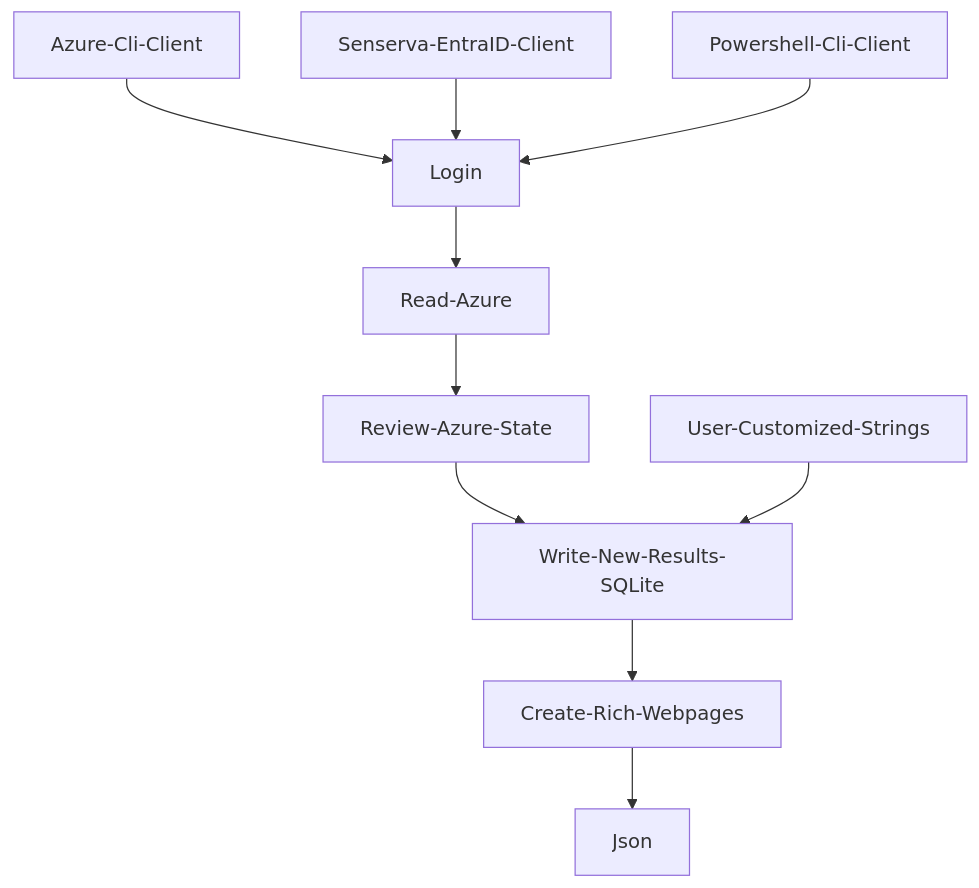
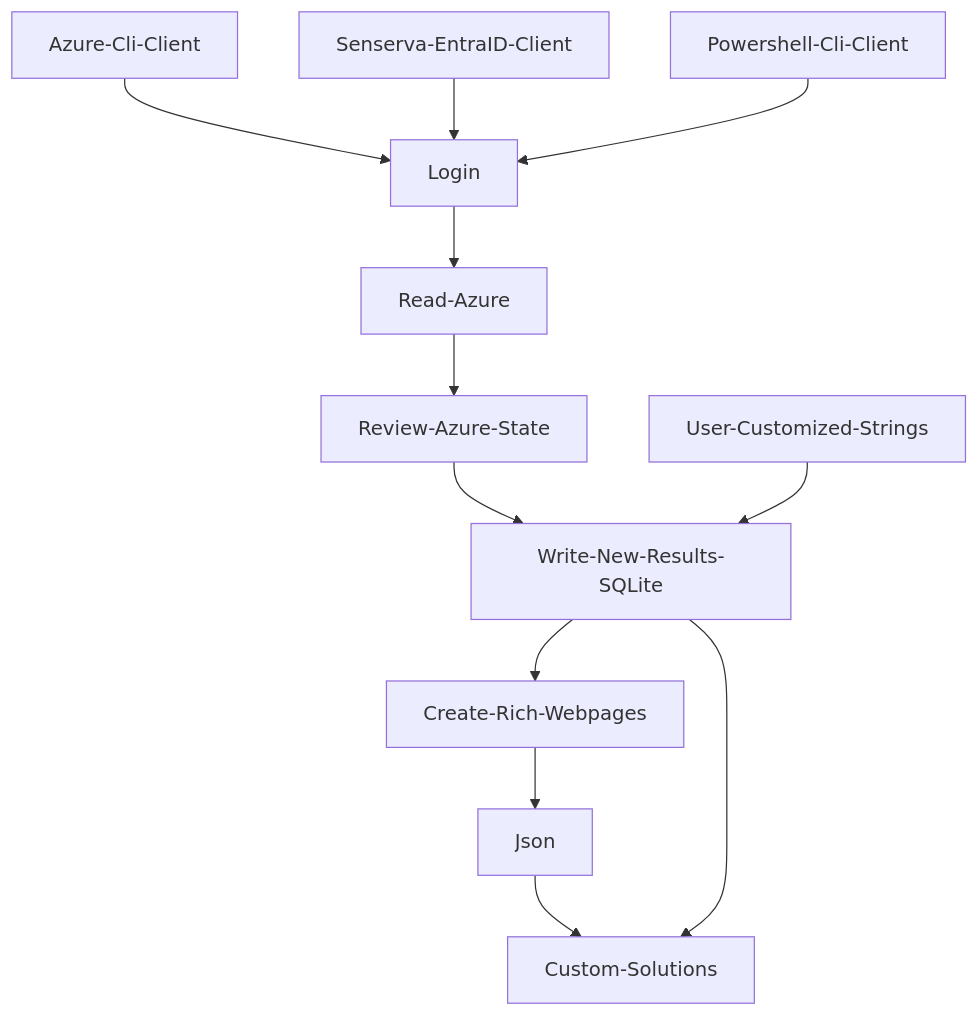
One commit to Senserva-LLC/Senserva-Inquisitor changed the diagram in README.md. Above: the diagram before and after it, drawn with Mermaid.

````diff
--- a/README.md
+++ b/README.md
@@ -28,9 +28,11 @@
 ```mermaid
 graph TD;
     Login --> Read-Azure --> Review-Azure-State --> Write-New-Results-SQLite --> Create-Rich-Webpages;
     Azure-Cli-Client-->Login;
     Senserva-EntraID-Client-->Login;
     Powershell-Cli-Client -->Login;
     User-Customized-Strings --> Write-New-Results-SQLite;
     Create-Rich-Webpages --> Json;
+    Json --> Custom-Solutions;
+    Write-New-Results-SQLite --> Custom-Solutions
 ```
````
